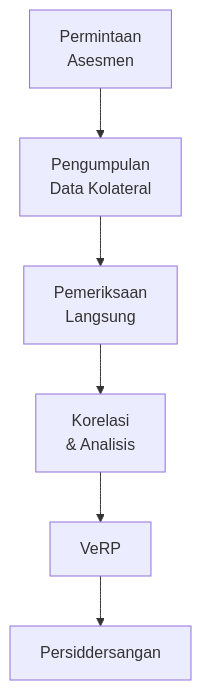
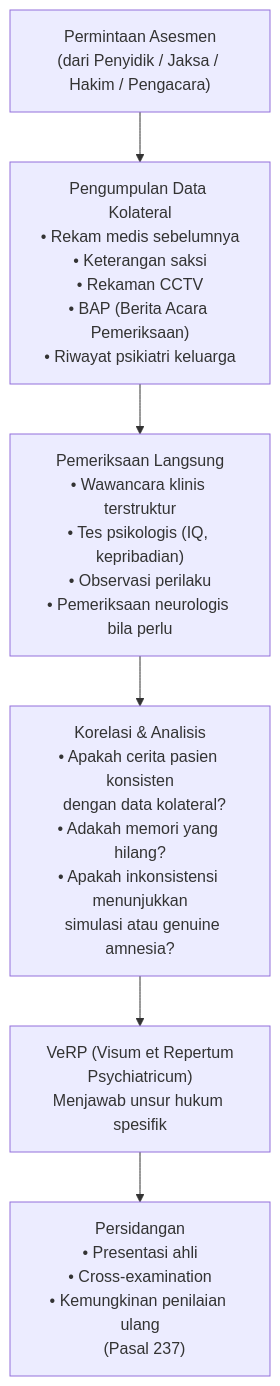
The sixth of 8 diagrams in content/Lectures/psikiatri-forensik.md (hifdzimaulana/beate-vivere), drawn with Mermaid before and after one commit. The commit also changed other lines of this file and 1 other file, not shown here.

````diff
--- a/content/Lectures/psikiatri-forensik.md
+++ b/content/Lectures/psikiatri-forensik.md
@@ -224,9 +444,9 @@
 ```mermaid
 flowchart TD
-    REQ["Permintaan<br/>Asesmen"]
-    REQ --> COLLECT["Pengumpulan<br/>Data Kolateral"]
-    COLLECT --> EXAM["Pemeriksaan<br/>Langsung"]
-    EXAM --> CORR["Korelasi<br/>& Analisis"]
-    CORR --> REP["VeRP"]
-    REP --> COURT["Persiddersangan"]
+    REQ["Permintaan Asesmen\n(dari Penyidik / Jaksa / Hakim / Pengacara)"]
+    REQ --> COLLECT["Pengumpulan Data Kolateral\n• Rekam medis sebelumnya\n• Keterangan saksi\n• Rekaman CCTV\n• BAP (Berita Acara Pemeriksaan)\n• Riwayat psikiatri keluarga"]
+    COLLECT --> EXAM["Pemeriksaan Langsung\n• Wawancara klinis terstruktur\n• Tes psikologis (IQ, kepribadian)\n• Observasi perilaku\n• Pemeriksaan neurologis bila perlu"]
+    EXAM --> CORR["Korelasi & Analisis\n• Apakah cerita pasien konsisten\n  dengan data kolateral?\n• Adakah memori yang hilang?\n• Apakah inkonsistensi menunjukkan\n  simulasi atau genuine amnesia?"]
+    CORR --> REP["VeRP (Visum et Repertum\nPsychiatricum)\nMenjawab unsur hukum spesifik"]
+    REP --> COURT["Persidangan\n• Presentasi ahli\n• Cross-examination\n• Kemungkinan penilaian ulang\n  (Pasal 237)"]
 ```
````
